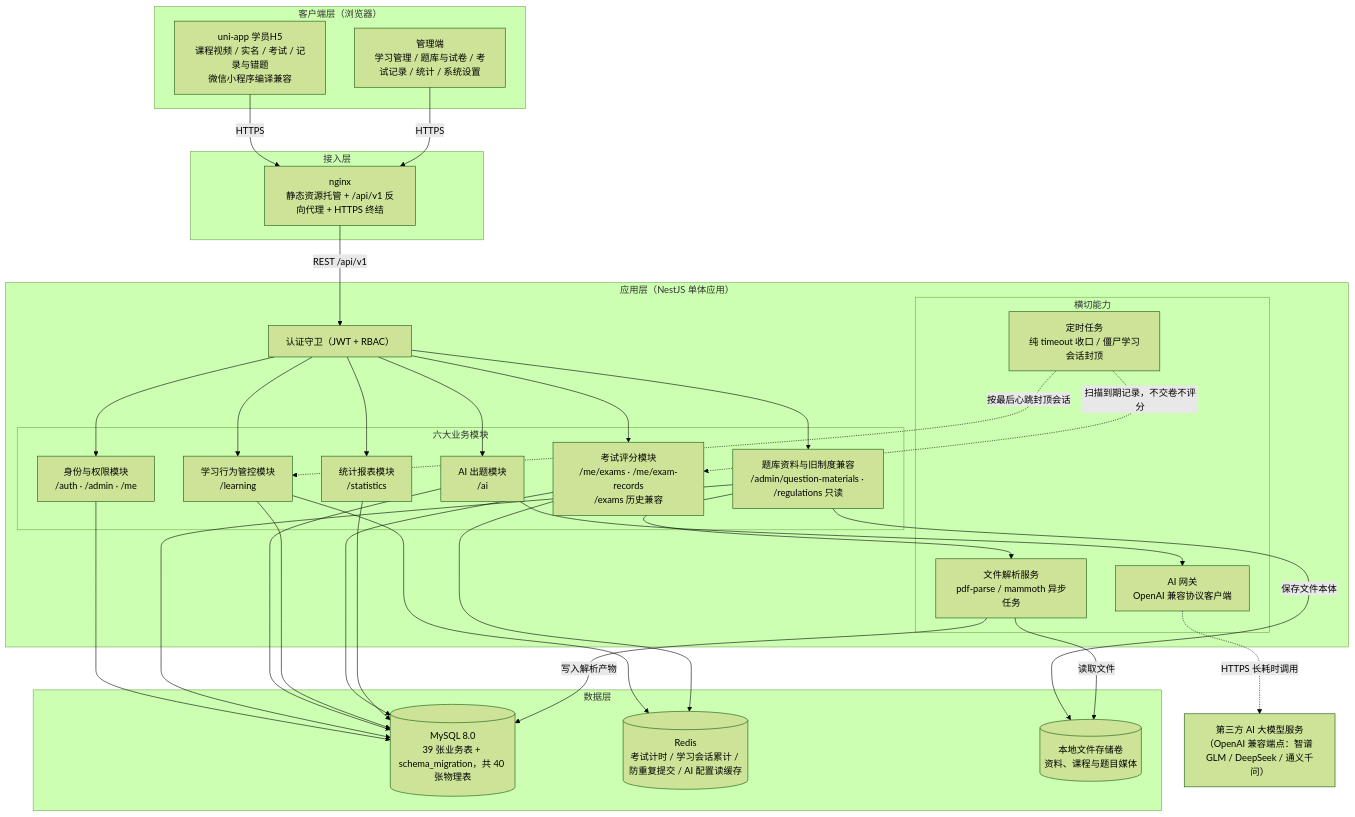
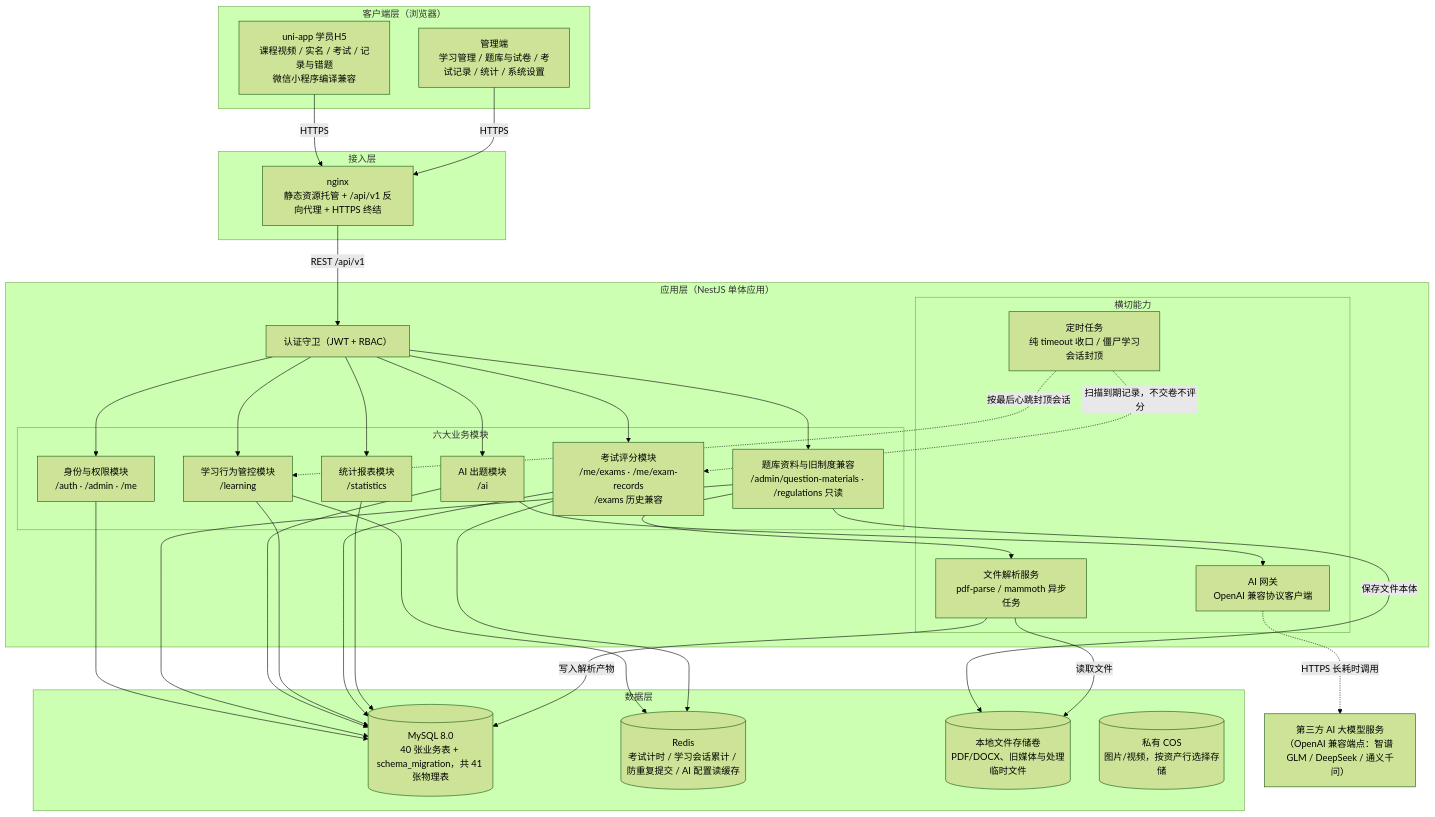
One commit to caoguanjie/emodor-exam changed the first of 2 diagrams in docs/design/02-系统架构.md. Above: the diagram before and after it, drawn with Mermaid (forest theme). The commit also changed other lines of this file and 108 other files, not shown here.

````diff
--- a/docs/design/02-系统架构.md
+++ b/docs/design/02-系统架构.md
@@ -44,62 +44,63 @@
 ```mermaid
 graph TD
     subgraph CL["客户端层（浏览器）"]
         E["uni-app 学员H5<br/>课程视频 / 实名 / 考试 / 记录与错题<br/>微信小程序编译兼容"]
         M["管理端<br/>学习管理 / 题库与试卷 / 考试记录 / 统计 / 系统设置"]
     end
 
     subgraph NL["接入层"]
         NGX["nginx<br/>静态资源托管 + /api/v1 反向代理 + HTTPS 终结"]
     end
 
     subgraph AL["应用层（NestJS 单体应用）"]
         GA["认证守卫（JWT + RBAC）"]
         subgraph BIZ["六大业务模块"]
             M1["身份与权限模块<br/>/auth · /admin · /me"]
             M2["题库资料与旧制度兼容<br/>/admin/question-materials · /regulations 只读"]
             M3["AI 出题模块<br/>/ai"]
             M4["学习行为管控模块<br/>/learning"]
             M5["考试评分模块<br/>/me/exams · /me/exam-records<br/>/exams 历史兼容"]
             M6["统计报表模块<br/>/statistics"]
         end
         subgraph XC["横切能力"]
             FP["文件解析服务<br/>pdf-parse / mammoth 异步任务"]
             AG["AI 网关<br/>OpenAI 兼容协议客户端"]
             SCH["定时任务<br/>纯 timeout 收口 / 僵尸学习会话封顶"]
         end
     end
 
     subgraph DL["数据层"]
-        DB[("MySQL 8.0<br/>39 张业务表 + schema_migration，共 40 张物理表")]
+        DB[("MySQL 8.0<br/>40 张业务表 + schema_migration，共 41 张物理表")]
         RD[("Redis<br/>考试计时 / 学习会话累计 / 防重复提交 / AI 配置读缓存")]
-        FS[("本地文件存储卷<br/>资料、课程与题目媒体")]
+        FS[("本地文件存储卷<br/>PDF/DOCX、旧媒体与处理临时文件")]
+        COS[("私有 COS<br/>图片/视频，按资产行选择存储")]
     end
 
     EXT["第三方 AI 大模型服务<br/>（OpenAI 兼容端点：智谱 GLM / DeepSeek / 通义千问）"]
 
     E -->|"HTTPS"| NGX
     M -->|"HTTPS"| NGX
     NGX -->|"REST /api/v1"| GA
     GA --> M1
     GA --> M2
     GA --> M3
     GA --> M4
     GA --> M5
     GA --> M6
     M2 --> FP
     M3 --> AG
     SCH -.->|"扫描到期记录，不交卷不评分"| M5
     SCH -.->|"按最后心跳封顶会话"| M4
     M1 --> DB
     M2 --> DB
     M3 --> DB
     M4 --> DB
     M5 --> DB
     M6 --> DB
     M4 --> RD
     M5 --> RD
     M2 -->|"保存文件本体"| FS
     FP -->|"读取文件"| FS
     FP -->|"写入解析产物"| DB
     AG -.->|"HTTPS 长耗时调用"| EXT
 ```
````
